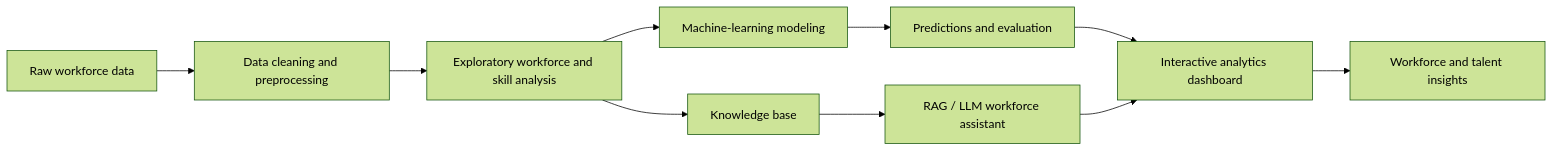
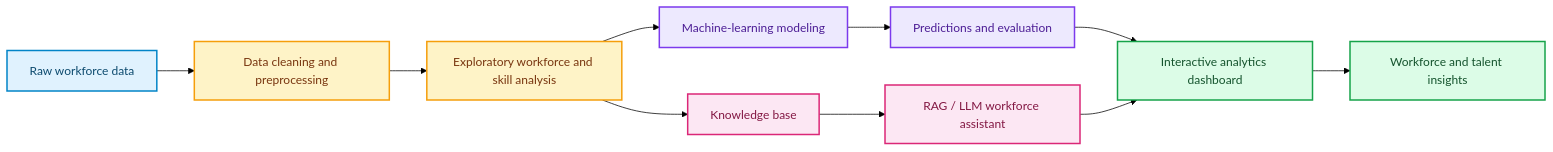
One commit to sanjay-22-bhargav/Creation-of-Workforce-Insights-Dashboard-for-Employee-Skill-and-Analytics changed the first of 2 diagrams in README.md. Above: the diagram before and after it, drawn with Mermaid (forest theme). The commit also changed other lines of this file, not shown here.

Commit message:
Add colorful Mermaid styling to workflow and architecture diagrams

````diff
--- a/README.md
+++ b/README.md
@@ -43,12 +43,24 @@
 ```mermaid
 flowchart LR
     A[Raw workforce data] --> B[Data cleaning and preprocessing]
     B --> C[Exploratory workforce and skill analysis]
     C --> D[Machine-learning modeling]
     D --> E[Predictions and evaluation]
     C --> F[Knowledge base]
     F --> G[RAG / LLM workforce assistant]
     E --> H[Interactive analytics dashboard]
     G --> H
     H --> I[Workforce and talent insights]
+
+    classDef source fill:#E0F2FE,stroke:#0284C7,color:#0C4A6E,stroke-width:2px;
+    classDef process fill:#FEF3C7,stroke:#F59E0B,color:#78350F,stroke-width:2px;
+    classDef model fill:#EDE9FE,stroke:#7C3AED,color:#4C1D95,stroke-width:2px;
+    classDef assistant fill:#FCE7F3,stroke:#DB2777,color:#831843,stroke-width:2px;
+    classDef output fill:#DCFCE7,stroke:#16A34A,color:#14532D,stroke-width:2px;
+
+    class A source;
+    class B,C process;
+    class D,E model;
+    class F,G assistant;
+    class H,I output;
 ```
````
